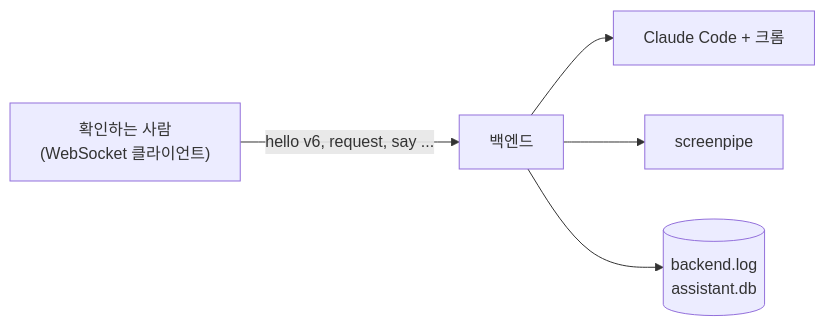
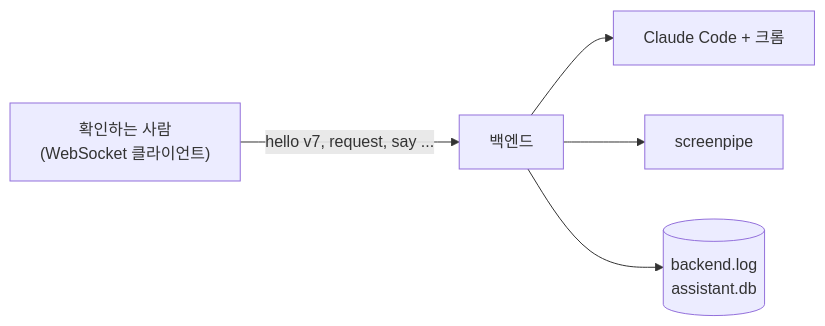
The diagram in docs/manual-checks/backend.md (HEOSEONGILml/AssistantChatBot), drawn with Mermaid before and after one commit. The commit also changed other lines of this file and 36 other files, not shown here.

````diff
--- a/docs/manual-checks/backend.md
+++ b/docs/manual-checks/backend.md
@@ -11,7 +11,7 @@
 ```mermaid
 flowchart LR
-  T["확인하는 사람<br>(WebSocket 클라이언트)"] -->|"hello v6, request, say ..."| B["백엔드"]
+  T["확인하는 사람<br>(WebSocket 클라이언트)"] -->|"hello v7, request, say ..."| B["백엔드"]
   B --> CC["Claude Code + 크롬"]
   B --> SP["screenpipe"]
   B --> L[("backend.log<br>assistant.db")]
 ```
````
